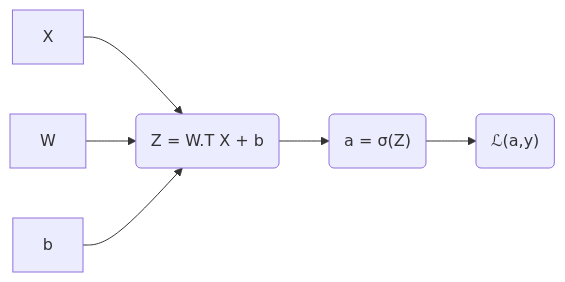
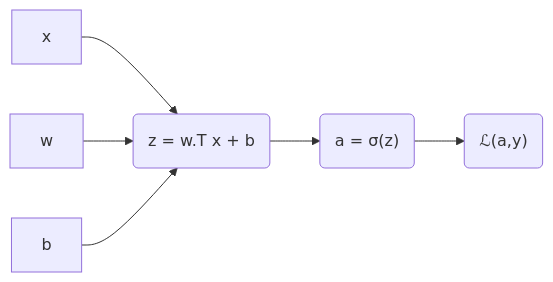
Before and after one commit to scottfones/coursera-deep-learning-specialization: the first of 2 diagrams in 1-neural-networks-and-deep-learning/week-3/README.md, drawn with Mermaid. The commit also changed other lines of this file, not shown here.

Commit message:
added diagram for two layer neural network

````diff
--- a/1-neural-networks-and-deep-learning/week-3/README.md
+++ b/1-neural-networks-and-deep-learning/week-3/README.md
@@ -247,11 +247,11 @@
 ```mermaid
   flowchart LR 
-    X --> id1
-    W --> id1
+    x --> id1
+    w --> id1
     b --> id1 
-    id1(Z = W.T X + b)
-    id2("a = σ(Z)")
+    id1(z = w.T x + b)
+    id2("a = σ(z)")
     id1 --> id2
     id3("ℒ(a,y)")
     id2 --> id3
 ```
````
